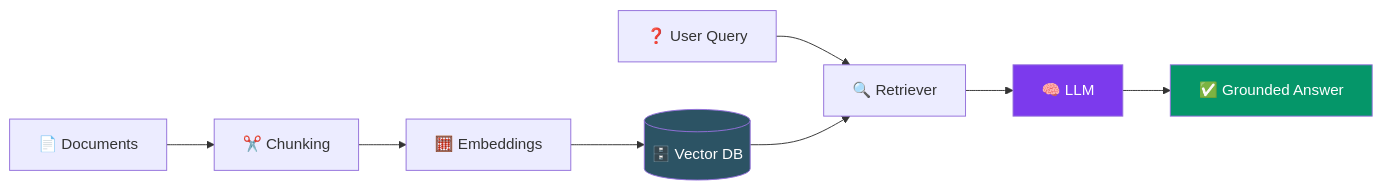
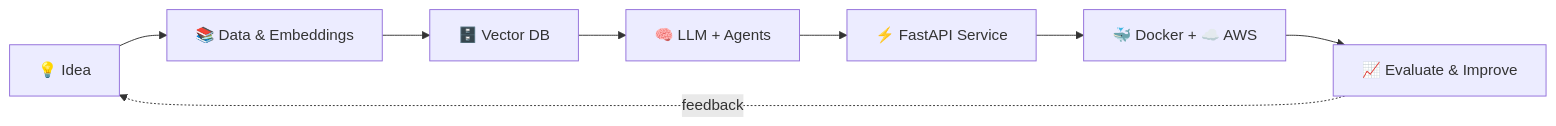
Before and after one commit to Owaiskhan-29/Owaiskhan-29: the diagram in README.md, drawn with Mermaid. The commit also changed other lines of this file, not shown here.

````diff
--- a/README.md
+++ b/README.md
@@ -129,13 +129,10 @@
 ```mermaid
 flowchart LR
-    A[📄 Documents] --> B[✂️ Chunking]
-    B --> C[🧮 Embeddings]
-    C --> D[(🗄️ Vector DB)]
-    E[❓ User Query] --> F[🔍 Retriever]
-    D --> F
-    F --> G[🧠 LLM]
-    G --> H[✅ Grounded Answer]
-    style D fill:#2C5364,color:#fff
-    style G fill:#7C3AED,color:#fff
-    style H fill:#059669,color:#fff
+    A[💡 Idea] --> B[📚 Data & Embeddings]
+    B --> C[🗄️ Vector DB]
+    C --> D[🧠 LLM + Agents]
+    D --> E[⚡ FastAPI Service]
+    E --> F[🐳 Docker + ☁️ AWS]
+    F --> G[📈 Evaluate & Improve]
+    G -.feedback.-> A
 ```
````
